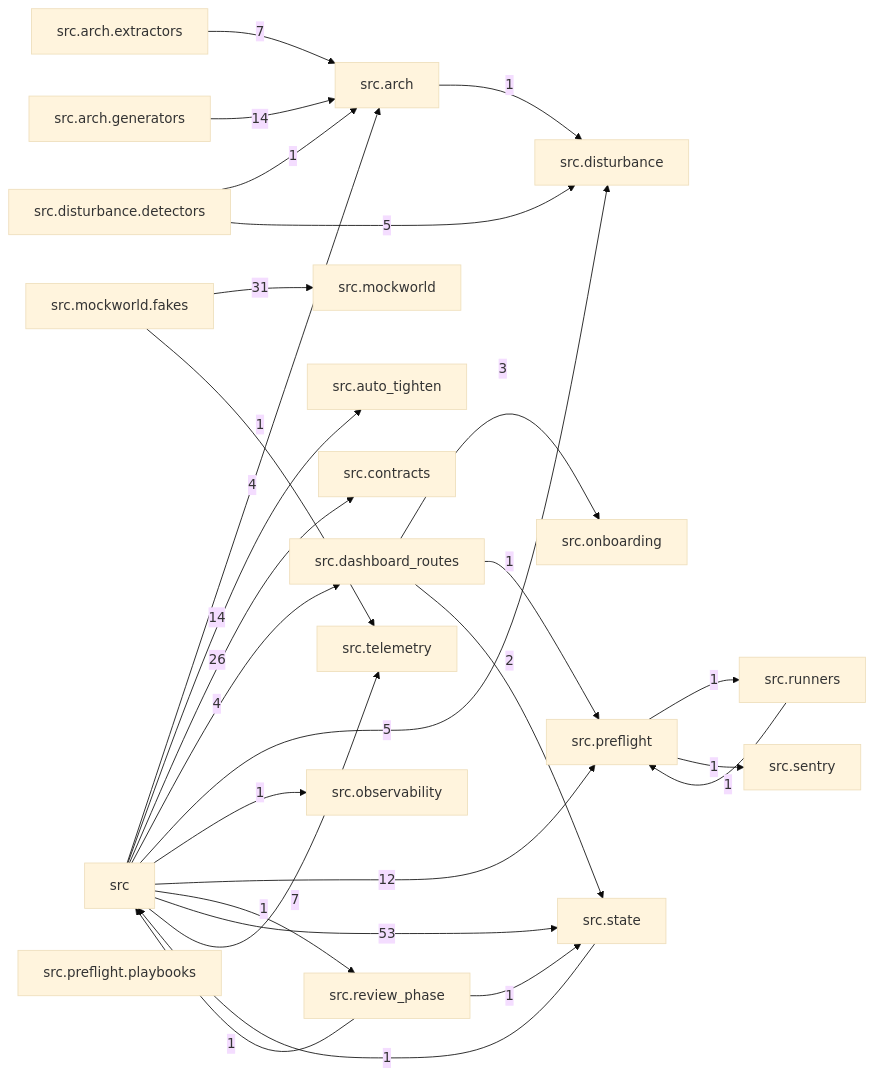
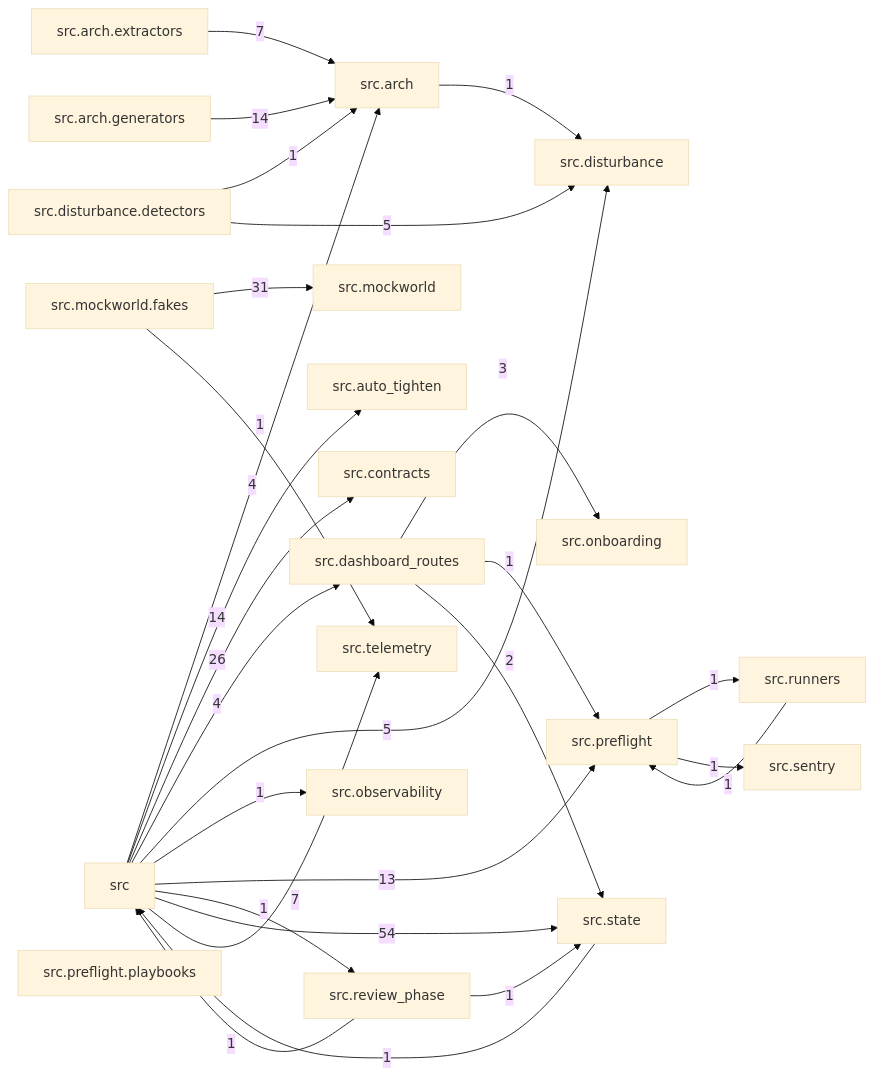
One commit to T-rav/hydraflow changed the diagram in docs/arch/generated/modules.md. Above: the diagram before and after it, drawn with Mermaid (base theme). The commit also changed 45 other files, not shown here.

````diff
--- a/docs/arch/generated/modules.md
+++ b/docs/arch/generated/modules.md
@@ -7,49 +7,49 @@
 ```mermaid
 graph LR
     src["src"]
     src_arch["src.arch"]
     src_arch_extractors["src.arch.extractors"]
     src_arch_generators["src.arch.generators"]
     src_auto_tighten["src.auto_tighten"]
     src_contracts["src.contracts"]
     src_dashboard_routes["src.dashboard_routes"]
     src_disturbance["src.disturbance"]
     src_disturbance_detectors["src.disturbance.detectors"]
     src_mockworld["src.mockworld"]
     src_mockworld_fakes["src.mockworld.fakes"]
     src_observability["src.observability"]
     src_onboarding["src.onboarding"]
     src_preflight["src.preflight"]
     src_preflight_playbooks["src.preflight.playbooks"]
     src_review_phase["src.review_phase"]
     src_runners["src.runners"]
     src_sentry["src.sentry"]
     src_state["src.state"]
     src_telemetry["src.telemetry"]
     src -- "4" --> src_arch
     src -- "14" --> src_auto_tighten
     src -- "26" --> src_contracts
     src -- "4" --> src_dashboard_routes
     src -- "5" --> src_disturbance
     src -- "1" --> src_observability
-    src -- "12" --> src_preflight
+    src -- "13" --> src_preflight
     src -- "1" --> src_review_phase
-    src -- "53" --> src_state
+    src -- "54" --> src_state
     src -- "7" --> src_telemetry
     src_arch -- "1" --> src_disturbance
     src_arch_extractors -- "7" --> src_arch
     src_arch_generators -- "14" --> src_arch
     src_dashboard_routes -- "3" --> src_onboarding
     src_dashboard_routes -- "1" --> src_preflight
     src_dashboard_routes -- "2" --> src_state
     src_disturbance_detectors -- "1" --> src_arch
     src_disturbance_detectors -- "5" --> src_disturbance
     src_mockworld_fakes -- "31" --> src_mockworld
     src_mockworld_fakes -- "1" --> src_telemetry
     src_preflight -- "1" --> src_runners
     src_preflight -- "1" --> src_sentry
     src_review_phase -- "1" --> src
     src_review_phase -- "1" --> src_state
     src_runners -- "1" --> src_preflight
     src_state -- "1" --> src
 ```
````
